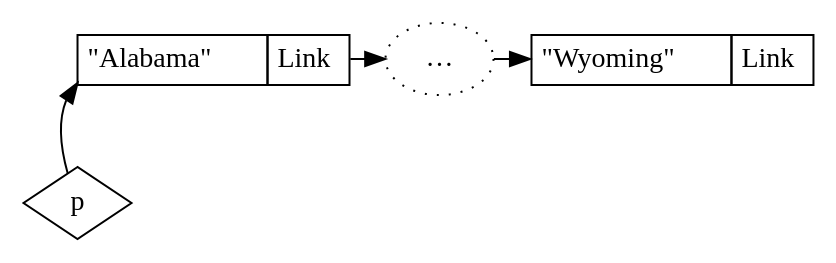
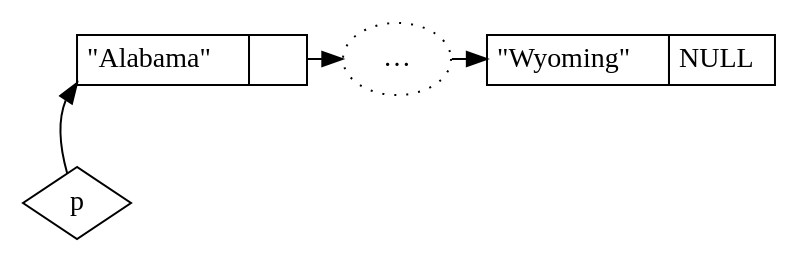
One commit to ronan-d/separation-logic-presentation changed the diagram in list.dot. Above: the diagram before and after it, drawn with Graphviz.

Commit message:
Checkpoint

```diff
--- a/list.dot
+++ b/list.dot
@@ -1,37 +1,37 @@
 digraph List {
     rankdir = BT;
 
     p [shape = diamond, label = p]
 
     node [shape=box];
 
     subgraph cells {
         rank=same;
 
         c1 [shape=plain, margin=0, label = <
             <TABLE BORDER="0" CELLBORDER="1" CELLSPACING="0" CELLPADDING="4">
                 <TR>
-                    <TD PORT="elem"> "Alabama" </TD>
-                    <TD PORT="link">Link</TD>
+                    <TD PORT="elem">"Alabama"</TD>
+                    <TD PORT="link">    </TD>
                 </TR>
             </TABLE>
         >]
 
         c2 [shape=ellipse, style = dotted, label = "…"]
 
         c3 [shape=none, margin=0, label = <
             <TABLE BORDER="0" CELLBORDER="1" CELLSPACING="0" CELLPADDING="4">
                 <TR>
-                    <TD> "Wyoming" </TD>
-                    <TD PORT="link">Link</TD>
+                    <TD>"Wyoming"</TD>
+                    <TD PORT="link">NULL</TD>
                 </TR>
             </TABLE>
         >]
 
         c1 -> c2;
         c2 -> c3;
     }
 
     p -> c1:elem:sw;
     // p -> c3;
 }
```
